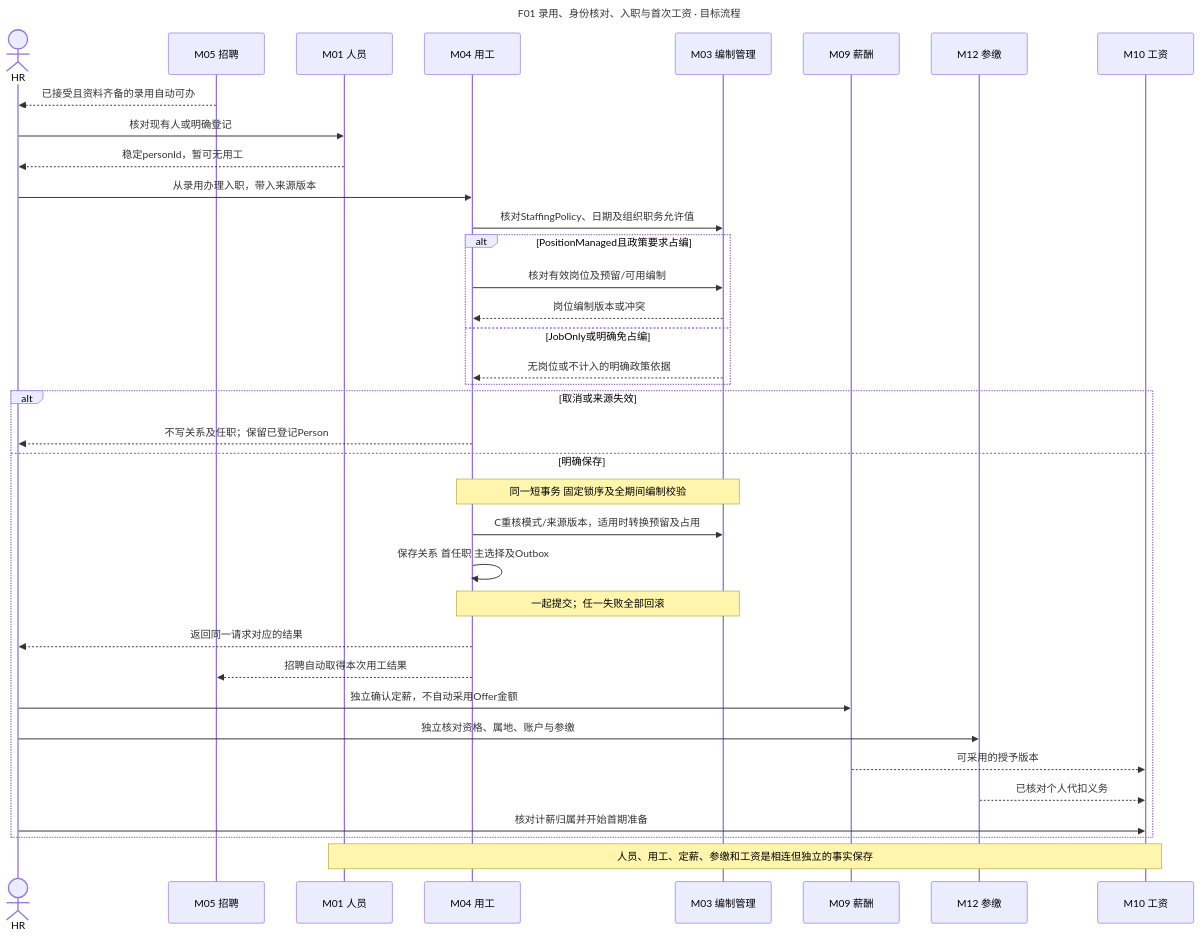
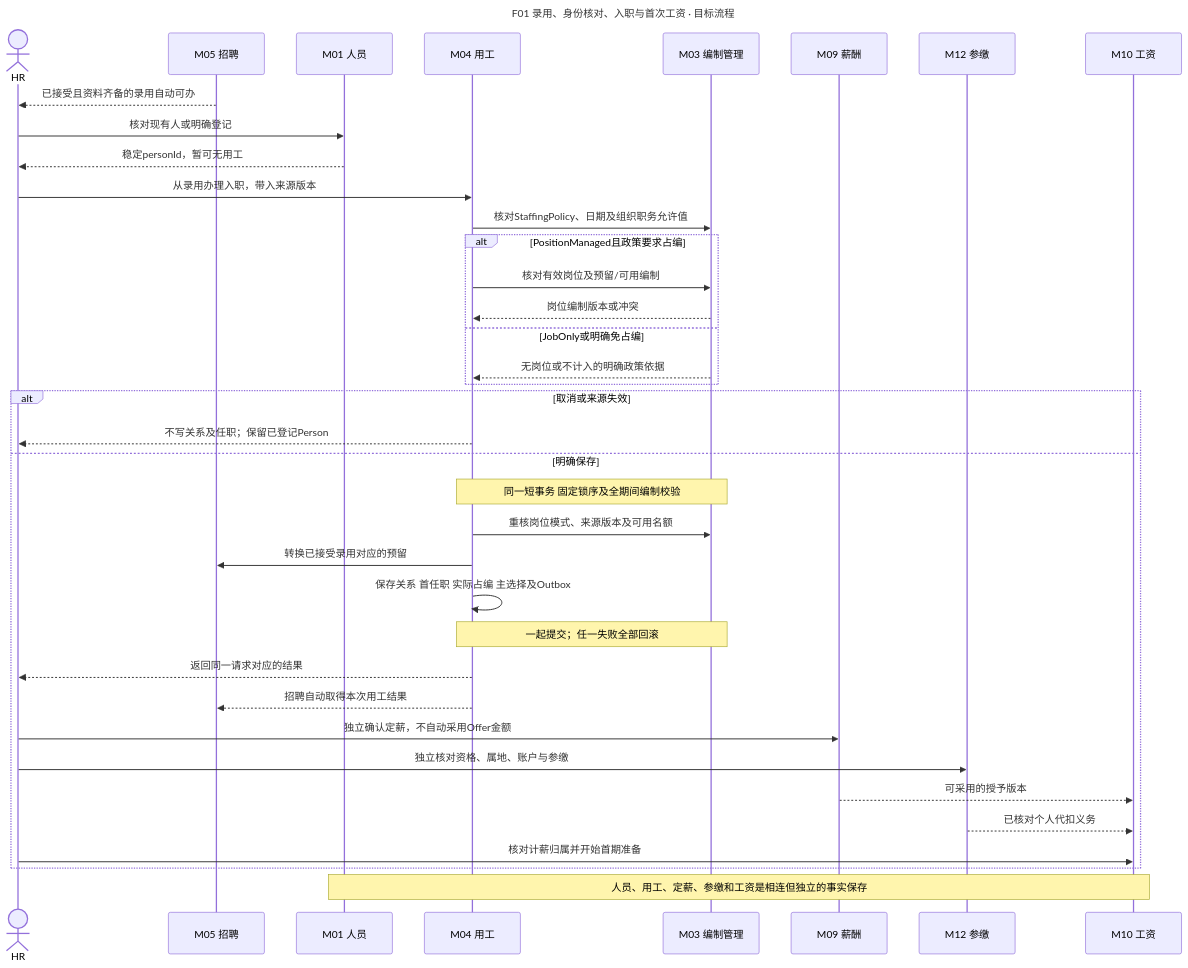
One commit to jacksonlee411/CHNHCM-P changed the diagram in docs/architecture/target/diagrams/f01-hire-first-pay.mmd. Above: the diagram before and after it, drawn with Mermaid. The commit also changed 62 other files, not shown here.

```diff
--- a/docs/architecture/target/diagrams/f01-hire-first-pay.mmd
+++ b/docs/architecture/target/diagrams/f01-hire-first-pay.mmd
@@ -1,42 +1,43 @@
 ---
 title: F01 录用、身份核对、入职与首次工资 · 目标流程
 config:
   sequence:
     diagramMarginY: 24
 ---
 sequenceDiagram
   actor H as HR
   participant R as M05 招聘
   participant P as M01 人员
   participant E as M04 用工
   participant Q as M03 编制管理
   participant C as M09 薪酬
   participant S as M12 参缴
   participant Y as M10 工资
   R-->>H: 已接受且资料齐备的录用自动可办
   H->>P: 核对现有人或明确登记
   P-->>H: 稳定personId，暂可无用工
   H->>E: 从录用办理入职，带入来源版本
   E->>Q: 核对StaffingPolicy、日期及组织职务允许值
   alt PositionManaged且政策要求占编
     E->>Q: 核对有效岗位及预留/可用编制
     Q-->>E: 岗位编制版本或冲突
   else JobOnly或明确免占编
     Q-->>E: 无岗位或不计入的明确政策依据
   end
   alt 取消或来源失效
     E-->>H: 不写关系及任职；保留已登记Person
   else 明确保存
     Note over E,Q: 同一短事务 固定锁序及全期间编制校验
-    E->>Q: C重核模式/来源版本，适用时转换预留及占用
-    E->>E: 保存关系 首任职 主选择及Outbox
+    E->>Q: 重核岗位模式、来源版本及可用名额
+    E->>R: 转换已接受录用对应的预留
+    E->>E: 保存关系 首任职 实际占编 主选择及Outbox
     Note over E,Q: 一起提交；任一失败全部回滚
     E-->>H: 返回同一请求对应的结果
     E-->>R: 招聘自动取得本次用工结果
     H->>C: 独立确认定薪，不自动采用Offer金额
     H->>S: 独立核对资格、属地、账户与参缴
     C-->>Y: 可采用的授予版本
     S-->>Y: 已核对个人代扣义务
     H->>Y: 核对计薪归属并开始首期准备
   end
   Note over P,Y: 人员、用工、定薪、参缴和工资是相连但独立的事实保存
```
